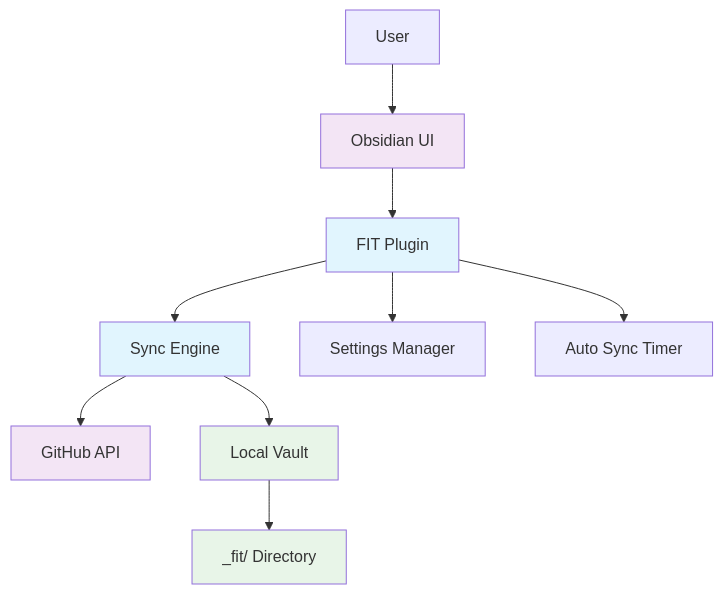
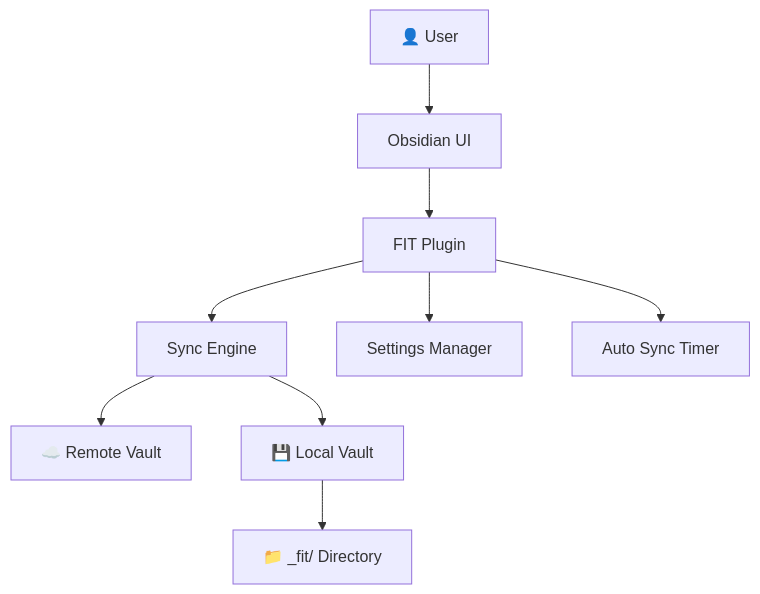
One commit to joshuakto/fit changed the first of 2 diagrams in docs/architecture.md. Above: the diagram before and after it, drawn with Mermaid. The commit also changed other lines of this file and 1 other file, not shown here.

Commit message:
docs: Enhance architecture/sync-logic diagrams and visuals (#107)

````diff
--- a/docs/architecture.md
+++ b/docs/architecture.md
@@ -9,22 +9,14 @@
 ```mermaid
 graph TB
-    User[User] --> Obsidian[Obsidian UI]
+    User[👤 User] --> Obsidian[Obsidian UI]
     Obsidian --> FitPlugin[FIT Plugin]
 
     FitPlugin --> Sync[Sync Engine]
     FitPlugin --> Settings[Settings Manager]
     FitPlugin --> AutoSync[Auto Sync Timer]
 
-    Sync --> GitHub[GitHub API]
-    Sync --> Vault[Local Vault]
+    Sync --> Remote[☁️ Remote Vault]
+    Sync --> Vault[💾 Local Vault]
 
-    Vault --> ConflictDir[_fit/ Directory]
-
-    classDef core fill:#e1f5fe
-    classDef external fill:#f3e5f5
-    classDef storage fill:#e8f5e8
-
-    class FitPlugin,Sync core
-    class Obsidian,GitHub external
-    class Vault,ConflictDir storage
+    Vault --> ConflictDir[📁 _fit/ Directory]
 ```
````
